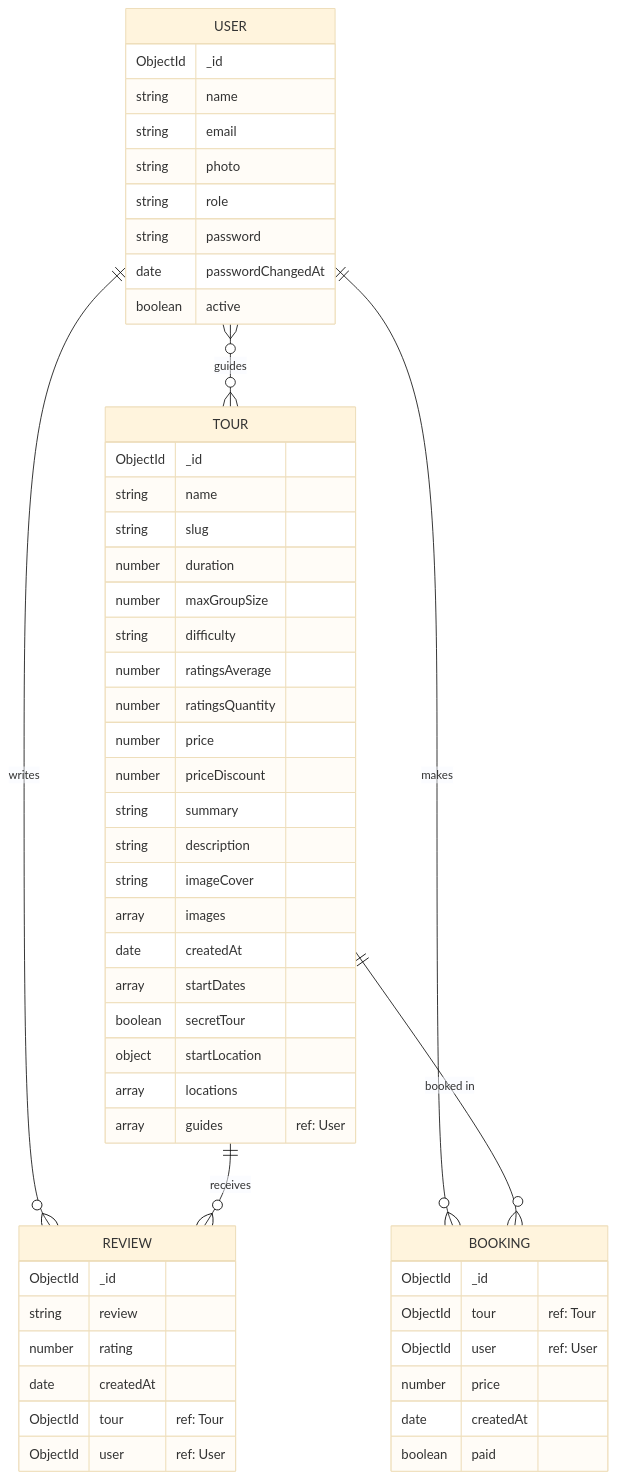
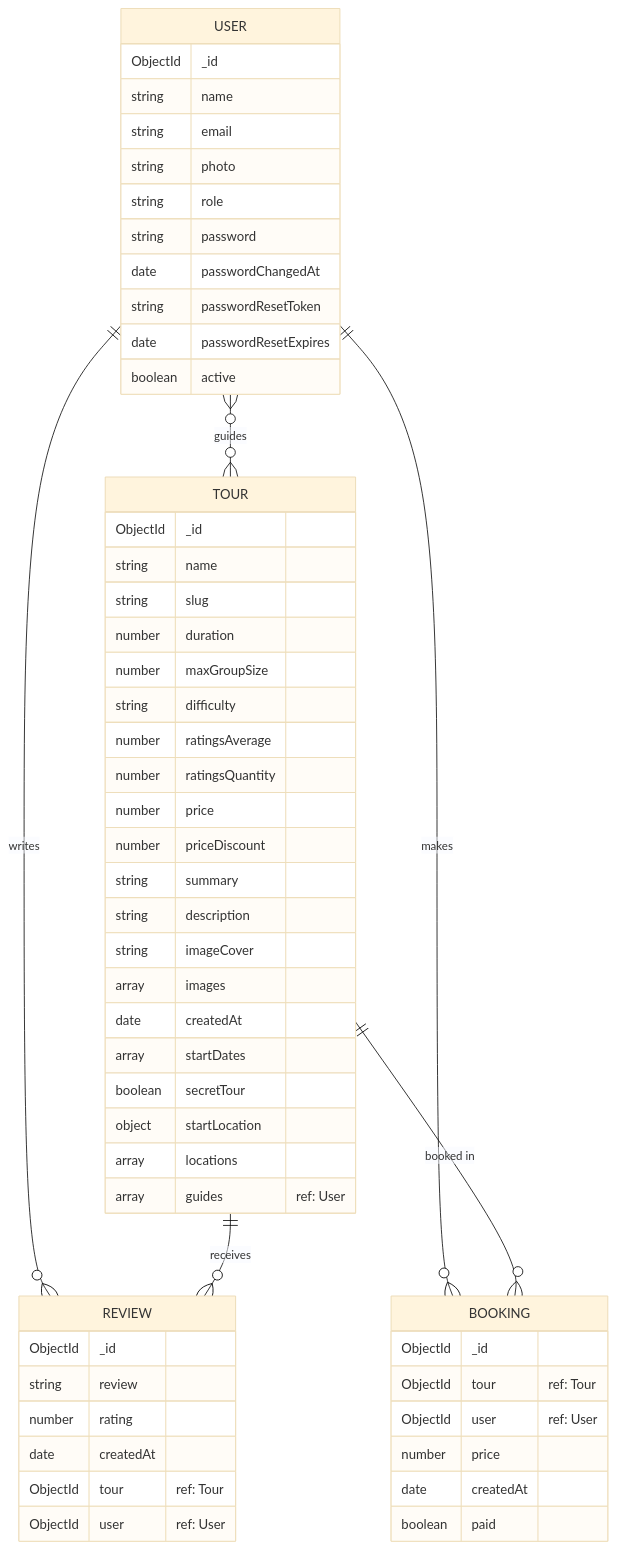
One commit to theubaidistan/natours-2025-practice changed the diagram in readme.md. Above: the diagram before and after it, drawn with Mermaid (base theme). The commit also changed other lines of this file, not shown here.

````diff
--- a/readme.md
+++ b/readme.md
@@ -30,60 +79,62 @@
 ```mermaid
 erDiagram
     USER ||--o{ REVIEW : writes
     TOUR ||--o{ REVIEW : receives
     USER ||--o{ BOOKING : makes
     TOUR ||--o{ BOOKING : "booked in"
     USER }o--o{ TOUR : guides
 
     USER {
         ObjectId _id
         string name
         string email
         string photo
         string role
         string password
         date passwordChangedAt
+        string passwordResetToken
+        date passwordResetExpires
         boolean active
     }
 
     TOUR {
         ObjectId _id
         string name
         string slug
         number duration
         number maxGroupSize
         string difficulty
         number ratingsAverage
         number ratingsQuantity
         number price
         number priceDiscount
         string summary
         string description
         string imageCover
         array images
         date createdAt
         array startDates
         boolean secretTour
         object startLocation
         array locations
         array guides "ref: User"
     }
 
     REVIEW {
         ObjectId _id
         string review
         number rating
         date createdAt
         ObjectId tour "ref: Tour"
         ObjectId user "ref: User"
     }
 
     BOOKING {
         ObjectId _id
         ObjectId tour "ref: Tour"
         ObjectId user "ref: User"
         number price
         date createdAt
         boolean paid
     }
 ```
````
